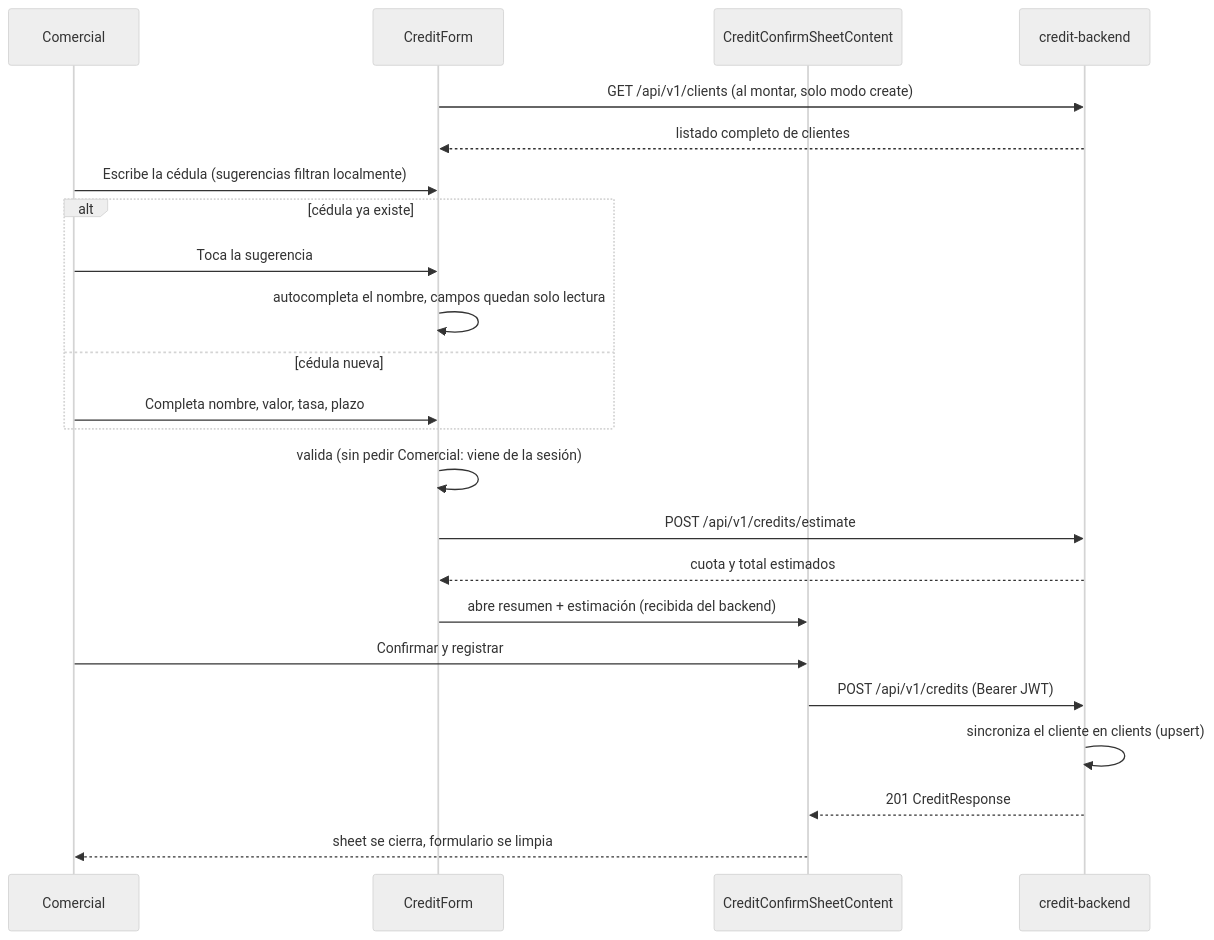
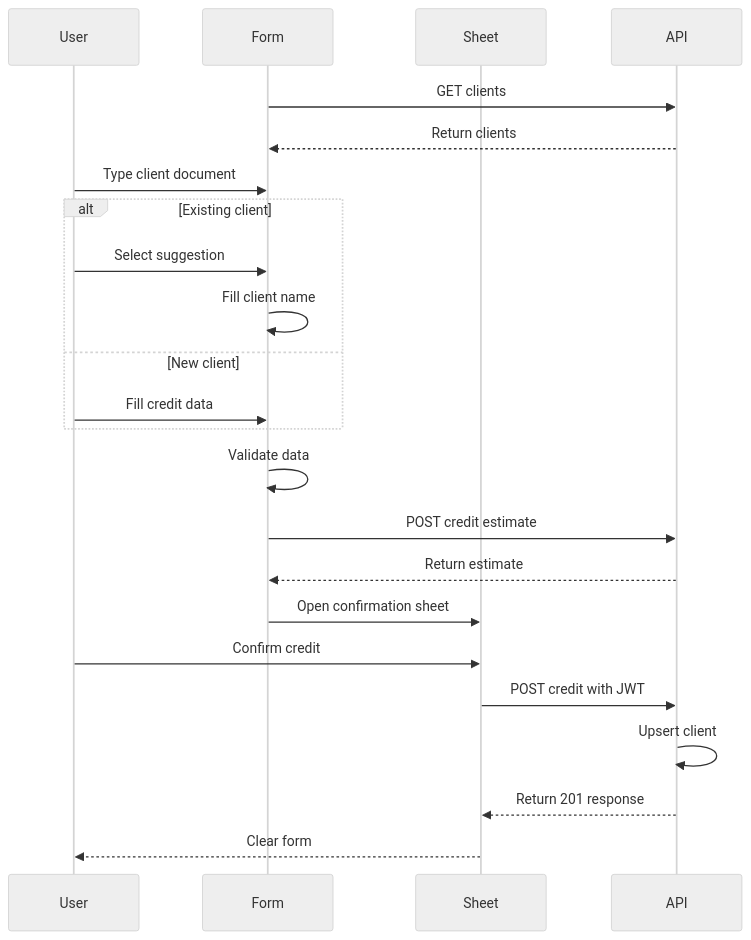
The second of 2 diagrams in README.md (CarlosPolo019/credit-mobile), drawn with Mermaid (neutral theme) before and after one commit. The commit also changed other lines of this file, not shown here.

Commit message:
docs: simplify mermaid diagrams

````diff
--- a/README.md
+++ b/README.md
@@ -66,25 +66,25 @@
 ```mermaid
 sequenceDiagram
-  participant User as Comercial
-  participant Form as CreditForm
-  participant Sheet as CreditConfirmSheetContent
-  participant API as credit-backend
-  Form->>API: GET /api/v1/clients (al montar, solo modo create)
-  API-->>Form: listado completo de clientes
-  User->>Form: Escribe la cédula (sugerencias filtran localmente)
-  alt cédula ya existe
-    User->>Form: Toca la sugerencia
-    Form->>Form: autocompleta el nombre, campos quedan solo lectura
-  else cédula nueva
-    User->>Form: Completa nombre, valor, tasa, plazo
+  participant User
+  participant Form
+  participant Sheet
+  participant API
+  Form->>API: GET clients
+  API-->>Form: Return clients
+  User->>Form: Type client document
+  alt Existing client
+    User->>Form: Select suggestion
+    Form->>Form: Fill client name
+  else New client
+    User->>Form: Fill credit data
   end
-  Form->>Form: valida (sin pedir Comercial: viene de la sesión)
-  Form->>API: POST /api/v1/credits/estimate
-  API-->>Form: cuota y total estimados
-  Form->>Sheet: abre resumen + estimación (recibida del backend)
-  User->>Sheet: Confirmar y registrar
-  Sheet->>API: POST /api/v1/credits (Bearer JWT)
-  API->>API: sincroniza el cliente en clients (upsert)
-  API-->>Sheet: 201 CreditResponse
-  Sheet-->>User: sheet se cierra, formulario se limpia
+  Form->>Form: Validate data
+  Form->>API: POST credit estimate
+  API-->>Form: Return estimate
+  Form->>Sheet: Open confirmation sheet
+  User->>Sheet: Confirm credit
+  Sheet->>API: POST credit with JWT
+  API->>API: Upsert client
+  API-->>Sheet: Return 201 response
+  Sheet-->>User: Clear form
 ```
````
